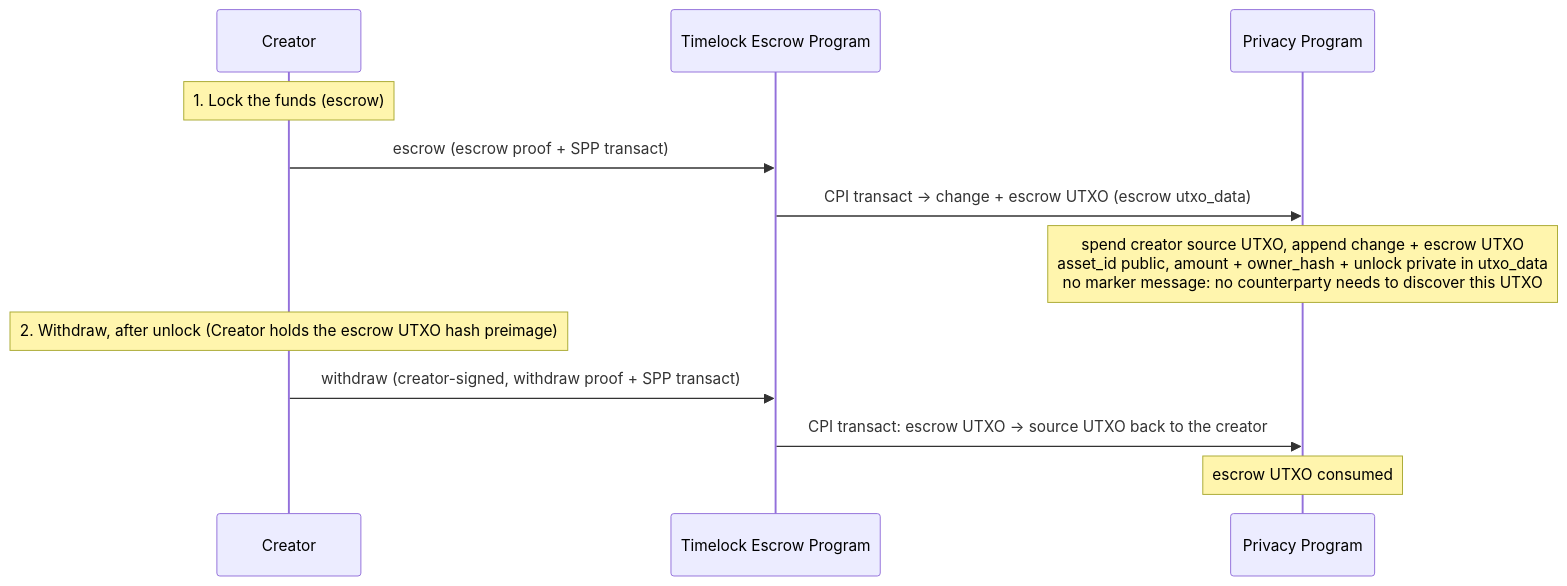
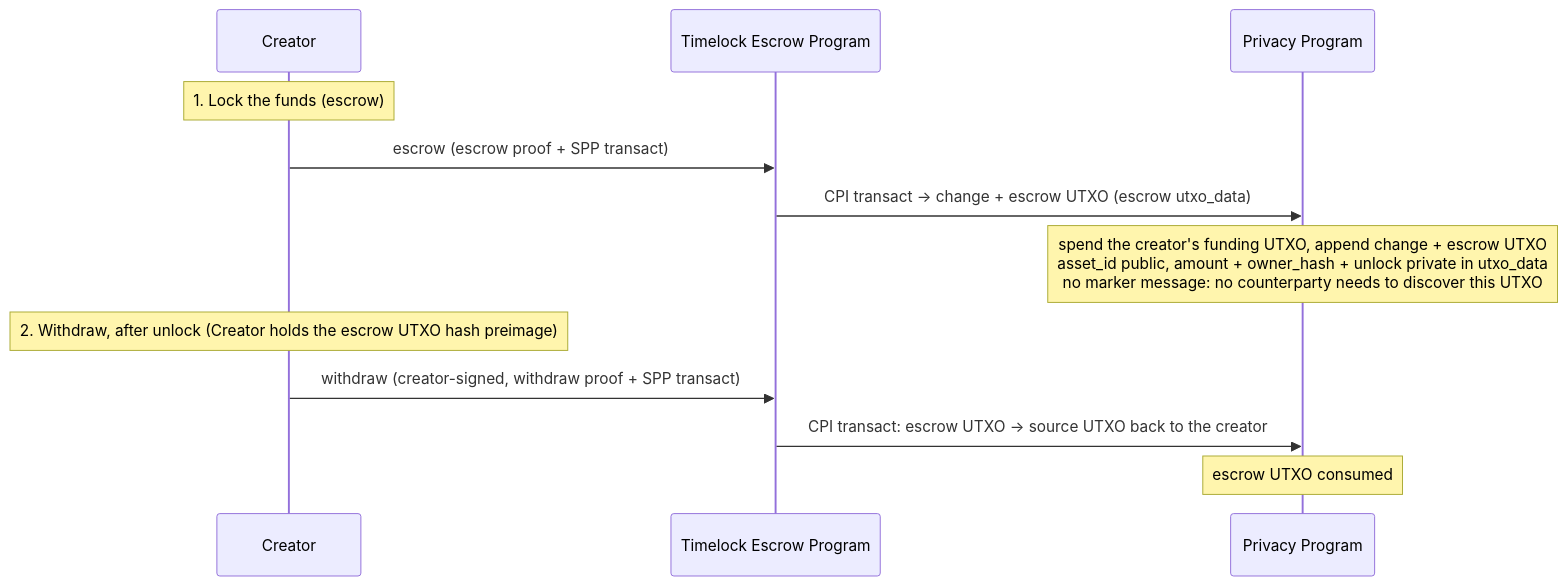
Before and after one commit to helius-labs/zolana: the diagram in sdk-tests/timelock-escrow/timelock_escrow.md, drawn with Mermaid. The commit also changed other lines of this file and 50 other files, not shown here.

````diff
--- a/sdk-tests/timelock-escrow/timelock_escrow.md
+++ b/sdk-tests/timelock-escrow/timelock_escrow.md
@@ -15,16 +15,16 @@
 ```mermaid
 sequenceDiagram
     participant Creator
     participant Escrow as Timelock Escrow Program
     participant SPP as Privacy Program
 
     Note over Creator: 1. Lock the funds (escrow)
     Creator->>Escrow: escrow (escrow proof + SPP transact)
     Escrow->>SPP: CPI transact -> change + escrow UTXO (escrow utxo_data)
-    Note over SPP: spend creator source UTXO, append change + escrow UTXO <br> asset_id public, amount + owner_hash + unlock private in utxo_data <br> no marker message: no counterparty needs to discover this UTXO
+    Note over SPP: spend the creator's funding UTXO, append change + escrow UTXO <br> asset_id public, amount + owner_hash + unlock private in utxo_data <br> no marker message: no counterparty needs to discover this UTXO
 
     Note over Creator: 2. Withdraw, after unlock (Creator holds the escrow UTXO hash preimage)
     Creator->>Escrow: withdraw (creator-signed, withdraw proof + SPP transact)
     Escrow->>SPP: CPI transact: escrow UTXO -> source UTXO back to the creator
     Note over SPP: escrow UTXO consumed
 ```
````
